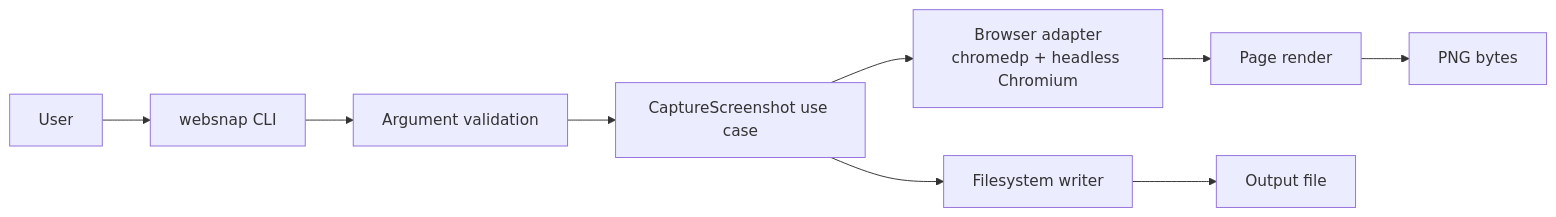
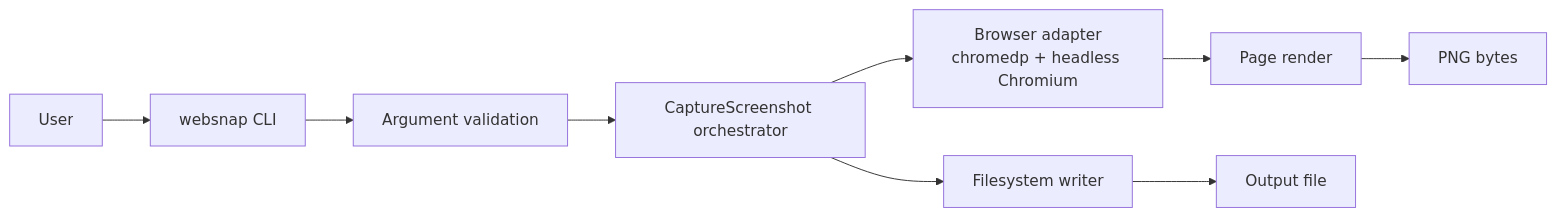
One commit to ai-cain/websnap changed the first of 2 diagrams in docs/ARCHITECTURE.md. Above: the diagram before and after it, drawn with Mermaid. The commit also changed other lines of this file and 22 other files, not shown here.

````diff
--- a/docs/ARCHITECTURE.md
+++ b/docs/ARCHITECTURE.md
@@ -19,11 +21,11 @@
 ```mermaid
 flowchart LR
     U[User] --> C[websnap CLI]
     C --> V[Argument validation]
-    V --> S[CaptureScreenshot use case]
-    S --> B[Browser adapter<br/>chromedp + headless Chromium]
+    V --> O[CaptureScreenshot orchestrator]
+    O --> B[Browser adapter<br/>chromedp + headless Chromium]
     B --> R[Page render]
     R --> I[PNG bytes]
-    S --> F[Filesystem writer]
-    F --> O[Output file]
+    O --> F[Filesystem writer]
+    F --> O2[Output file]
 ```
````
